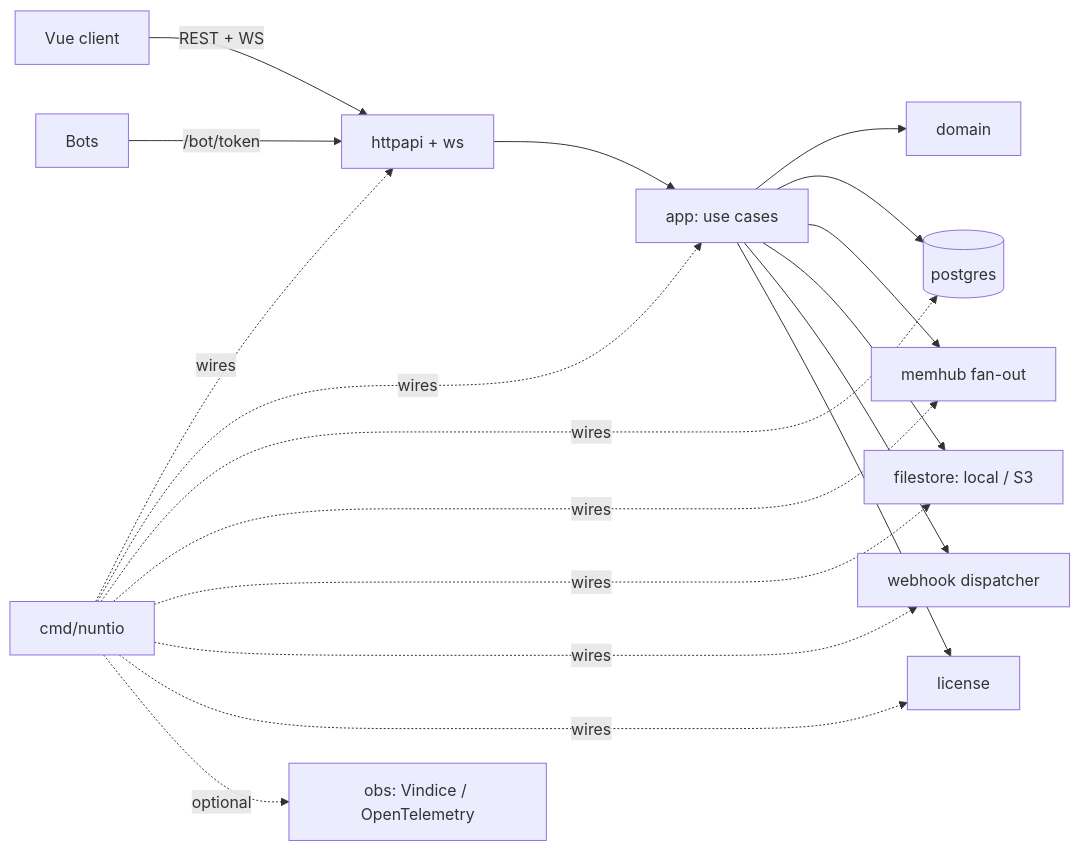
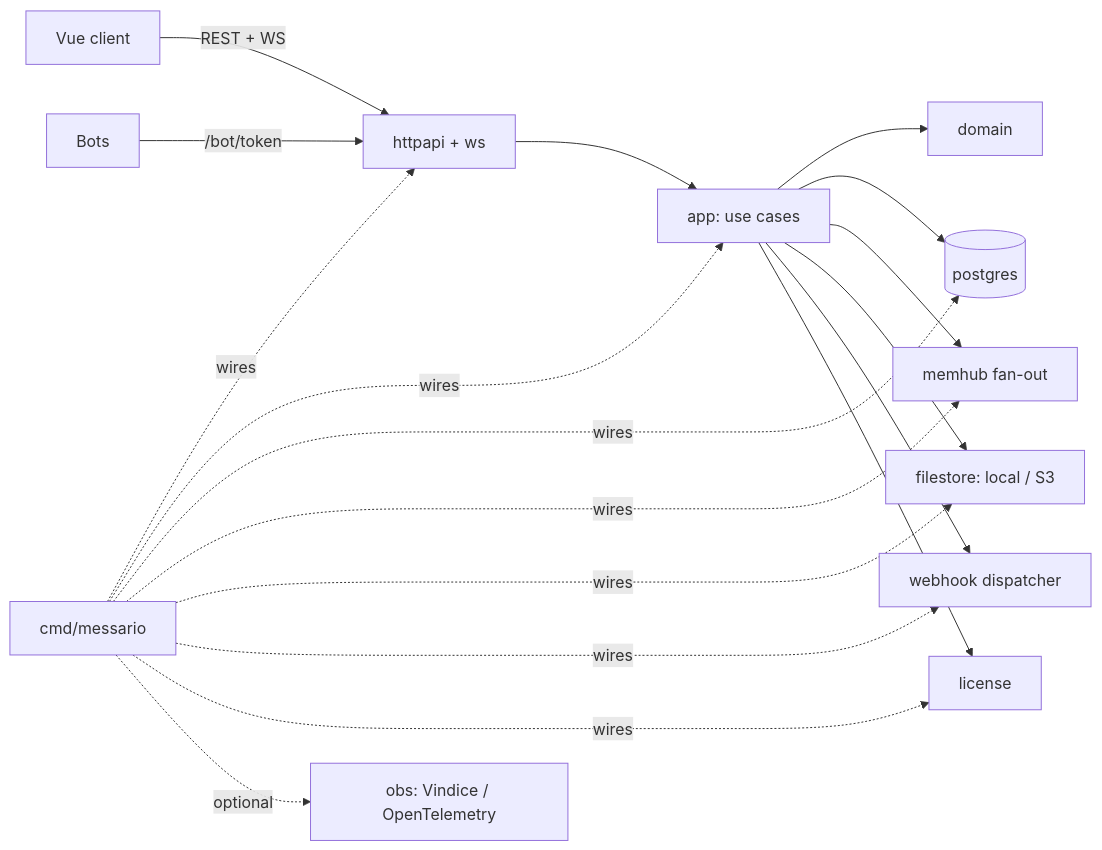
One commit to b1ll1eee/messario changed the diagram in docs/reference.md. Above: the diagram before and after it, drawn with Mermaid. The commit also changed other lines of this file and 72 other files, not shown here.

First line of the commit message:
Rename Nuntio to Messario and ship the new logo

````diff
--- a/docs/reference.md
+++ b/docs/reference.md
@@ -144,14 +144,14 @@
 ```mermaid
 flowchart LR
   Browser[Vue client] -->|REST + WS| HTTP[httpapi + ws]
   Bots[Bots] -->|/bot/token| HTTP
   HTTP --> App[app: use cases]
   App --> Domain[domain]
   App --> PG[(postgres)]
   App --> Hub[memhub fan-out]
   App --> Files[filestore: local / S3]
   App --> Hook[webhook dispatcher]
   App --> Lic[license]
-  Main[cmd/nuntio] -.wires.-> HTTP & App & PG & Hub & Files & Hook & Lic
+  Main[cmd/messario] -.wires.-> HTTP & App & PG & Hub & Files & Hook & Lic
   Main -.optional.-> Obs[obs: Vindice / OpenTelemetry]
 ```
````
